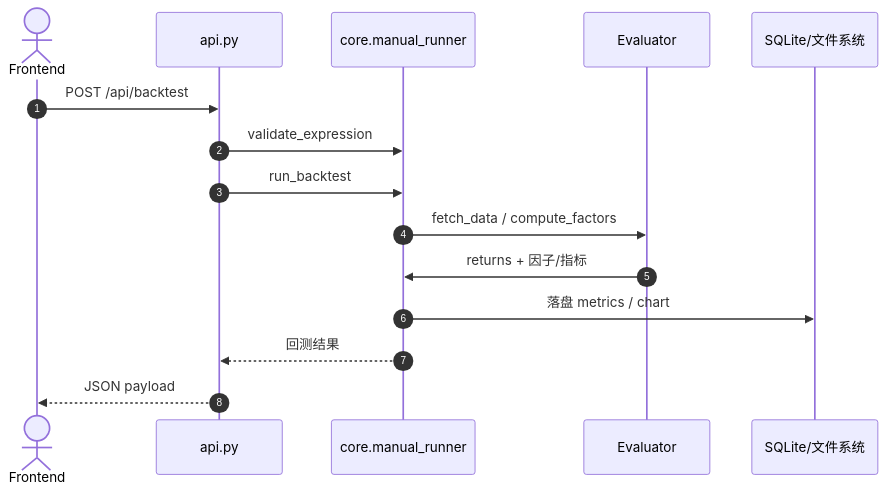
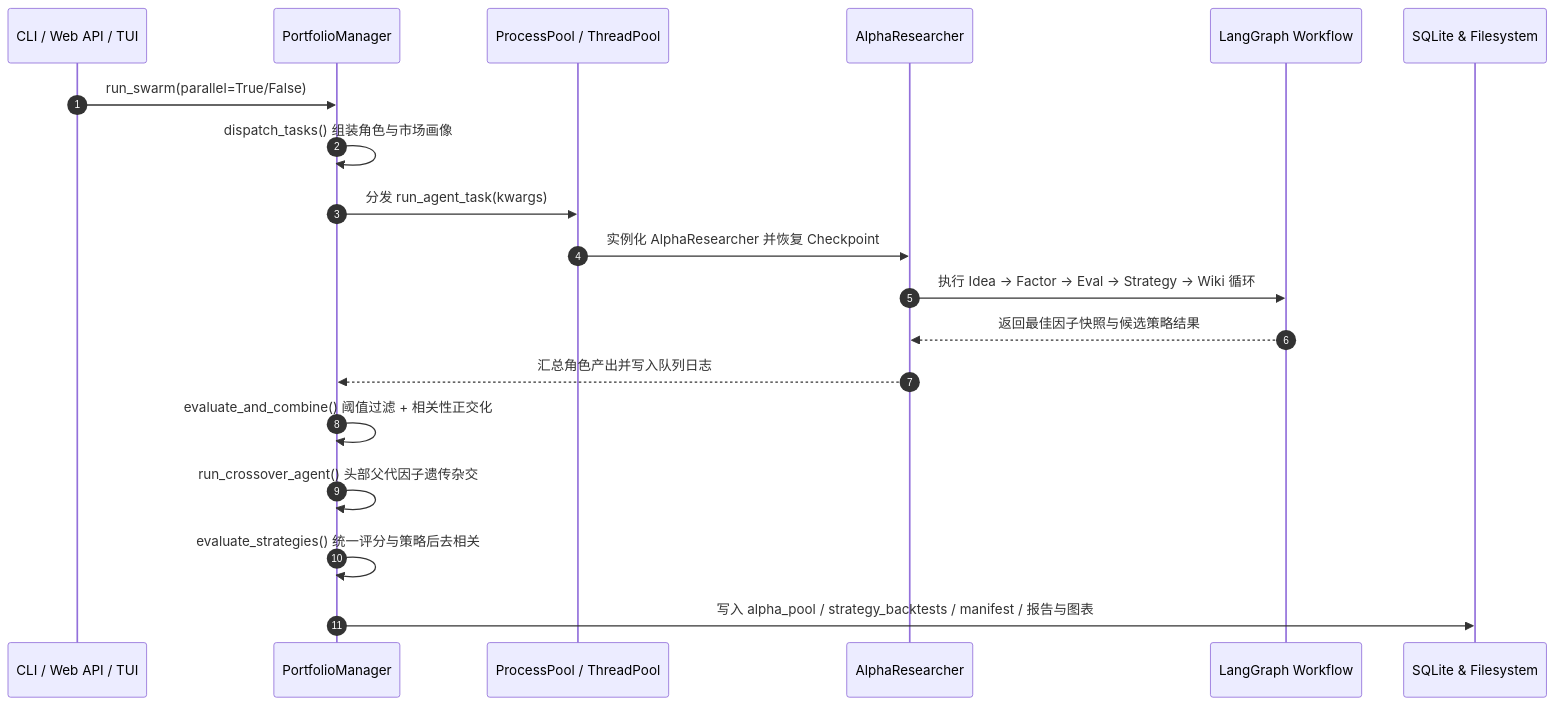
Before and after one commit to WeissHymmnos/aiminer: the second of 4 diagrams in instruction.md, drawn with Mermaid. The commit also changed other lines of this file and 10 other files, not shown here.

````diff
--- a/instruction.md
+++ b/instruction.md
@@ -161,17 +52,22 @@
 ```mermaid
 sequenceDiagram
   autonumber
-  actor U as Frontend
-  participant A as api.py
-  participant R as core.manual_runner
-  participant E as Evaluator
-  participant D as SQLite/文件系统
-  U->>A: POST /api/backtest
-  A->>R: validate_expression
-  A->>R: run_backtest
-  R->>E: fetch_data / compute_factors
-  E->>R: returns + 因子/指标
-  R->>D: 落盘 metrics / chart
-  R-->>A: 回测结果
-  A-->>U: JSON payload
+  participant Caller as CLI / Web API / TUI
+  participant PM as PortfolioManager
+  participant Pool as ProcessPool / ThreadPool
+  participant AR as AlphaResearcher
+  participant LG as LangGraph Workflow
+  participant DB as SQLite & Filesystem
+
+  Caller->>PM: run_swarm(parallel=True/False)
+  PM->>PM: dispatch_tasks() 组装角色与市场画像
+  PM->>Pool: 分发 run_agent_task(kwargs)
+  Pool->>AR: 实例化 AlphaResearcher 并恢复 Checkpoint
+  AR->>LG: 执行 Idea -> Factor -> Eval -> Strategy -> Wiki 循环
+  LG-->>AR: 返回最佳因子快照与候选策略结果
+  AR-->>PM: 汇总角色产出并写入队列日志
+  PM->>PM: evaluate_and_combine() 阈值过滤 + 相关性正交化
+  PM->>PM: run_crossover_agent() 头部父代因子遗传杂交
+  PM->>PM: evaluate_strategies() 统一评分与策略后去相关
+  PM->>DB: 写入 alpha_pool / strategy_backtests / manifest / 报告与图表
 ```
````
